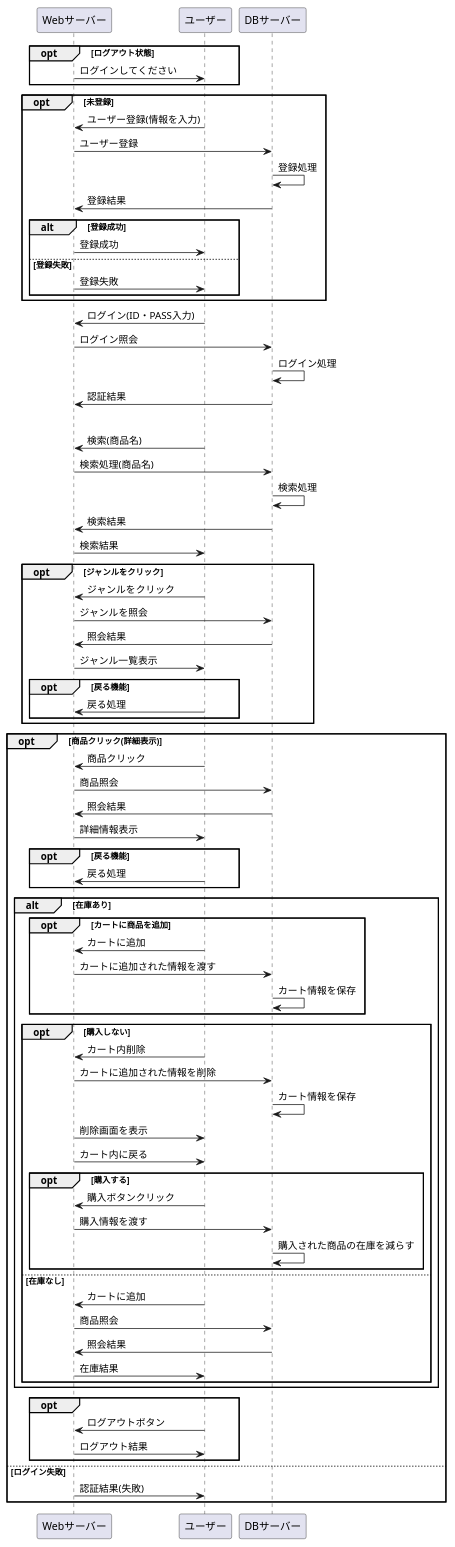
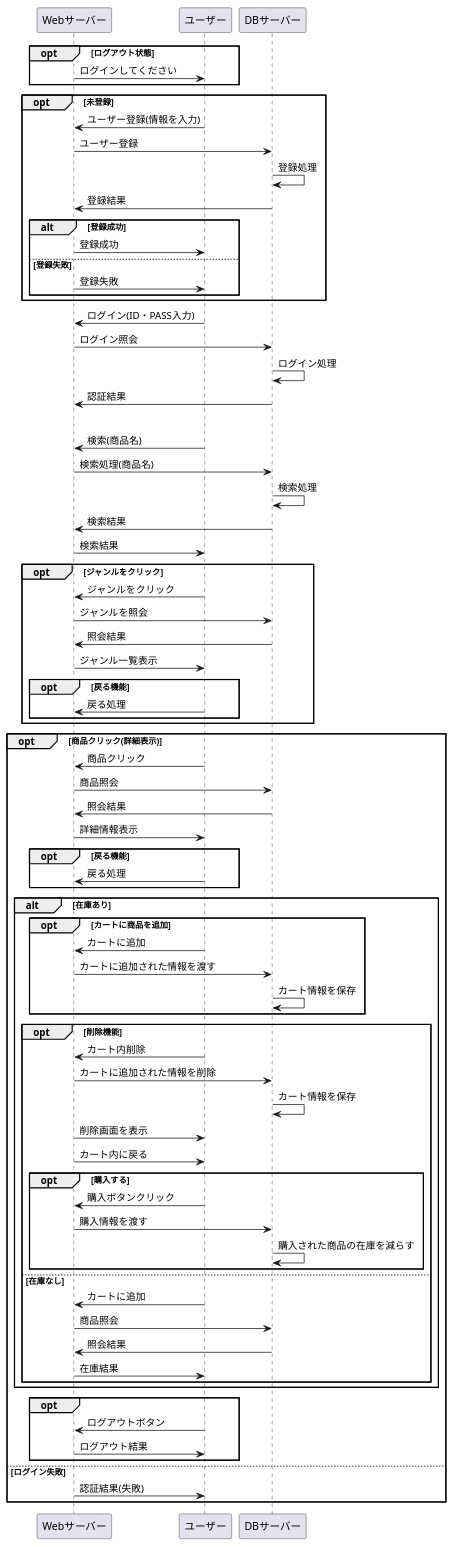
Before and after one commit to Aso2001184/2021sys-design: the diagram in あの消し.業務フロー.md, drawn with PlantUML.

```diff
--- a/あの消し.業務フロー.md
+++ b/あの消し.業務フロー.md
@@ -59,7 +59,7 @@
 DBサーバー -> DBサーバー : カート情報を保存
 end
 
-opt 購入しない
+opt 削除機能
 ユーザー -> Webサーバー : カート内削除
 Webサーバー -> DBサーバー : カートに追加された情報を削除
 DBサーバー -> DBサーバー : カート情報を保存
```
